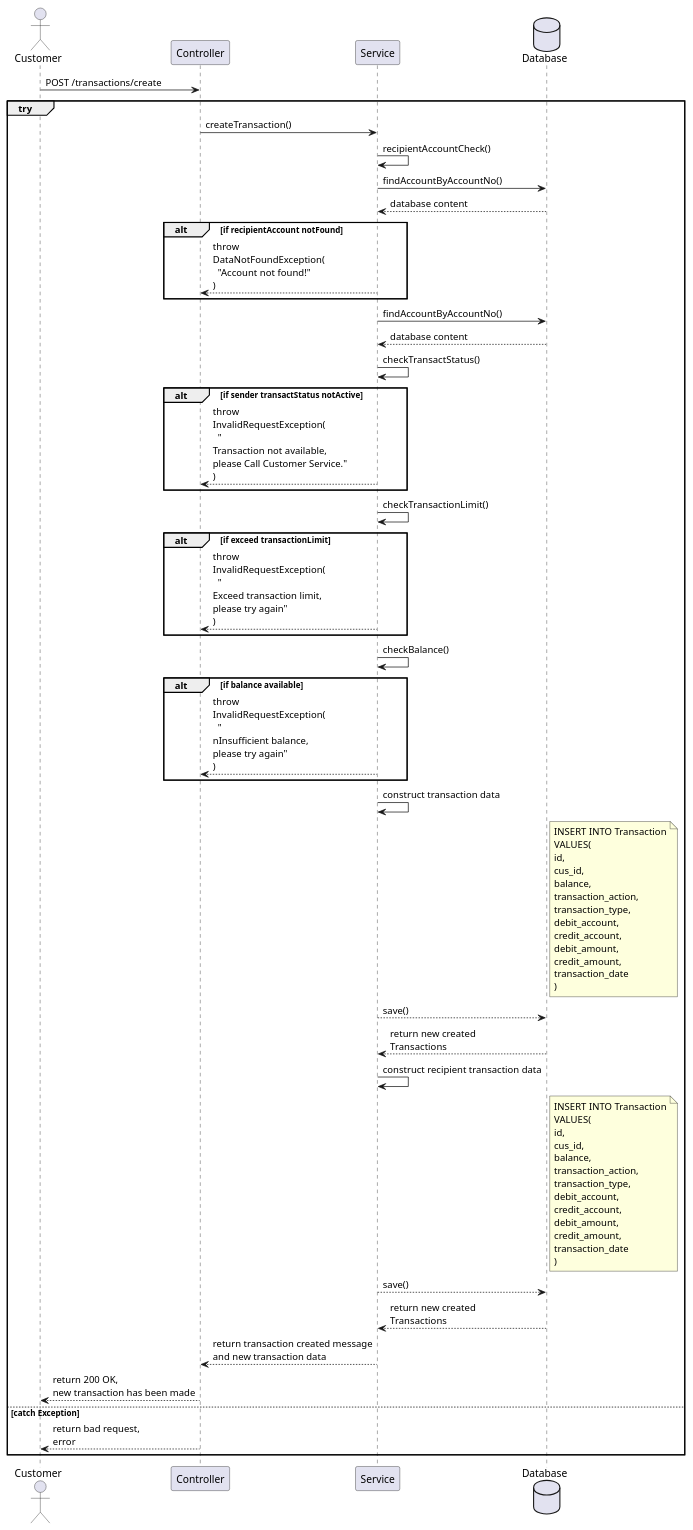
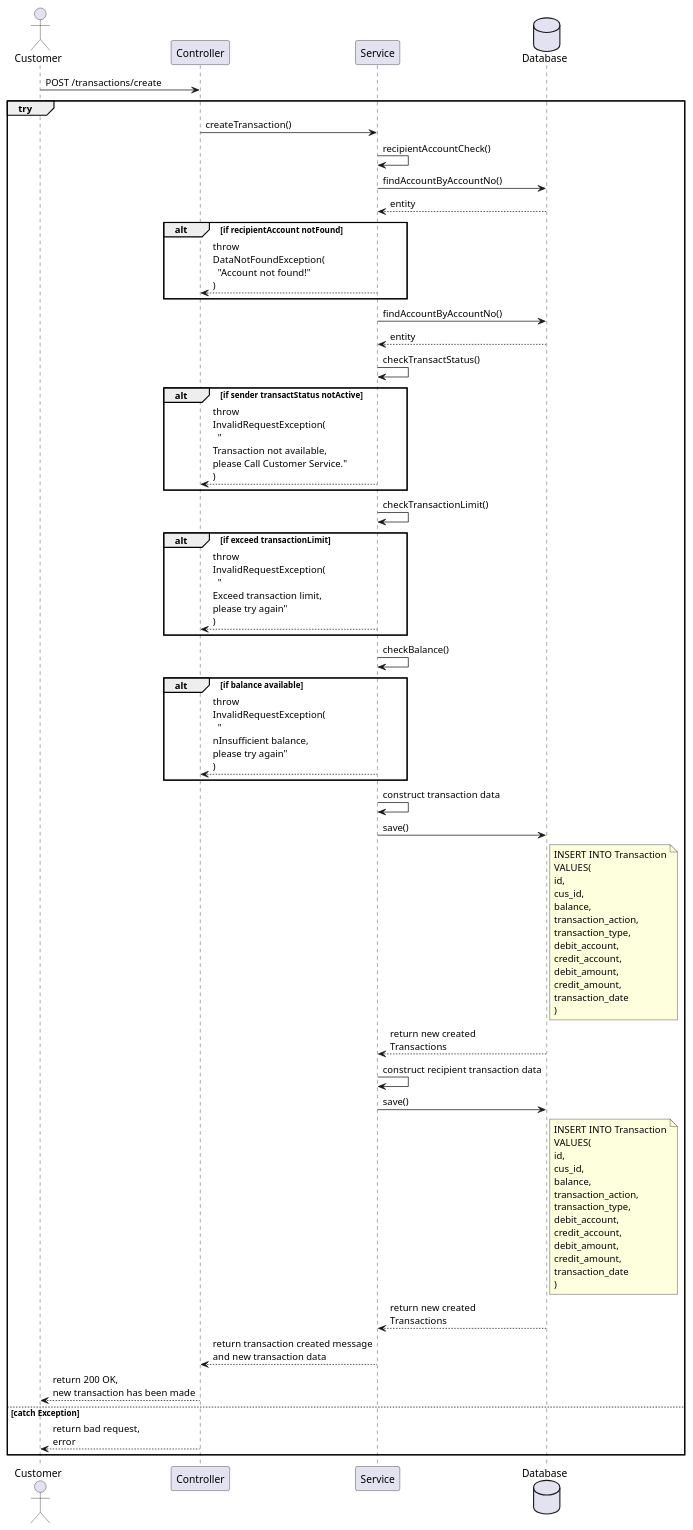
One commit to l-reginamh/hands-on-practices changed the diagram in plantuml/authbanking-transactions.puml. Above: the diagram before and after it, drawn with PlantUML. The commit also changed 14 other files, not shown here.

```diff
--- a/plantuml/authbanking-transactions.puml
+++ b/plantuml/authbanking-transactions.puml
@@ -1,59 +1,59 @@
 @startuml Perform Transaction
 
 actor       Customer   as Cust
 participant Controller as C
 participant Service    as S
 database    Database   as DB
 
 Cust     ->   C       : POST /transactions/create
 
 group try
 
     C    ->   S       : createTransaction()
 
     S    ->   S       : recipientAccountCheck()
     S    ->   DB      : findAccountByAccountNo()
-    DB   -->  S       : database content
+    DB   -->  S       : entity
 
     alt if recipientAccount notFound
         S    -->  C   : throw \nDataNotFoundException(\n  "Account not found!"\n)
     end
 
     S    ->   DB      : findAccountByAccountNo()
-    DB   -->  S       : database content
+    DB   -->  S       : entity
 
     S    ->   S       : checkTransactStatus()
     alt if sender transactStatus notActive
         S    -->  C   : throw \nInvalidRequestException(\n  "\nTransaction not available,\nplease Call Customer Service."\n)
     end
 
     S    ->   S       : checkTransactionLimit()
     alt if exceed transactionLimit
         S    -->  C   : throw \nInvalidRequestException(\n  "\nExceed transaction limit,\nplease try again"\n)
     end
 
     S    ->   S       : checkBalance()
     alt if balance available
         S    -->  C   : throw \nInvalidRequestException(\n  "\nnInsufficient balance,\nplease try again"\n)
     end
     
     S    ->   S       : construct transaction data
+    S    ->   DB      : save()
     note right of DB  : INSERT INTO Transaction\nVALUES(\nid,\ncus_id,\nbalance,\ntransaction_action,\ntransaction_type,\ndebit_account,\ncredit_account,\ndebit_amount,\ncredit_amount,\ntransaction_date\n)
-    S    -->  DB      : save()
     DB   -->  S       : return new created\nTransactions
 
     S    ->   S       : construct recipient transaction data
+    S    ->   DB      : save()
     note right of DB  : INSERT INTO Transaction\nVALUES(\nid,\ncus_id,\nbalance,\ntransaction_action,\ntransaction_type,\ndebit_account,\ncredit_account,\ndebit_amount,\ncredit_amount,\ntransaction_date\n)
-    S    -->  DB      : save()
     DB   -->  S       : return new created\nTransactions
 
     S    -->  C       : return transaction created message\nand new transaction data
     C    -->  Cust    : return 200 OK,\nnew transaction has been made
 
 else catch Exception
 
     C    -->  Cust    : return bad request,\nerror
 
 end
 
 @enduml
```
